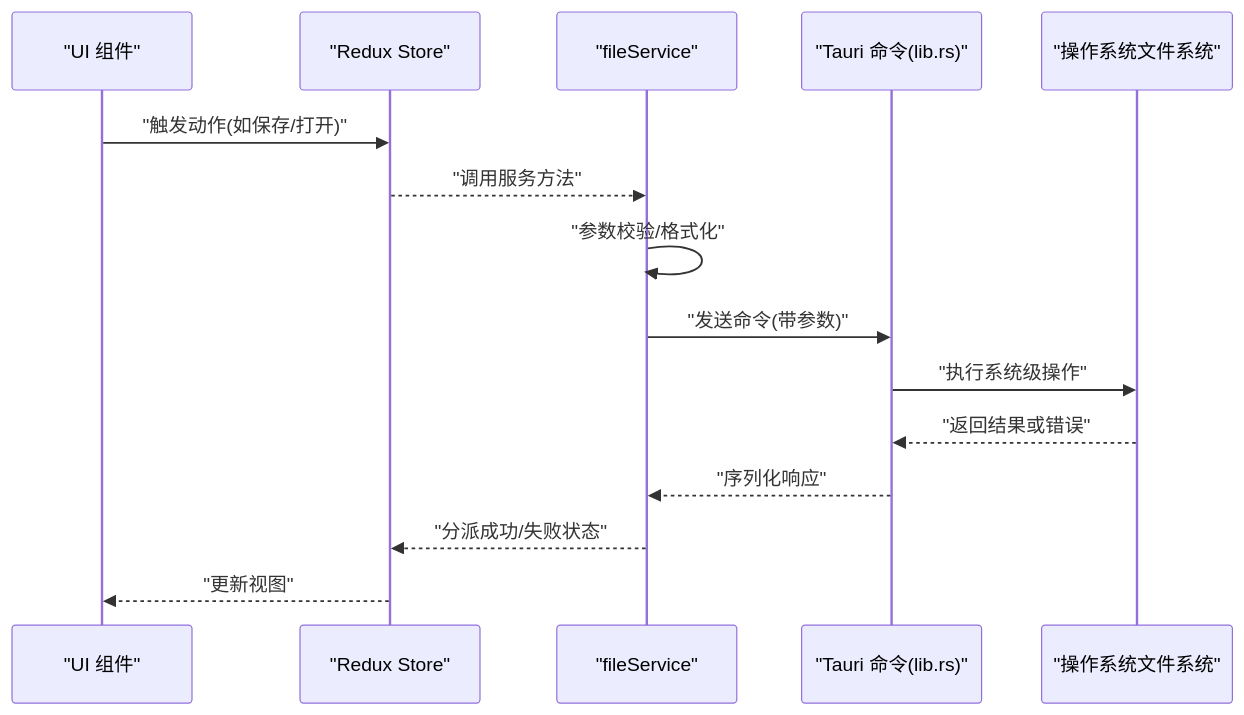
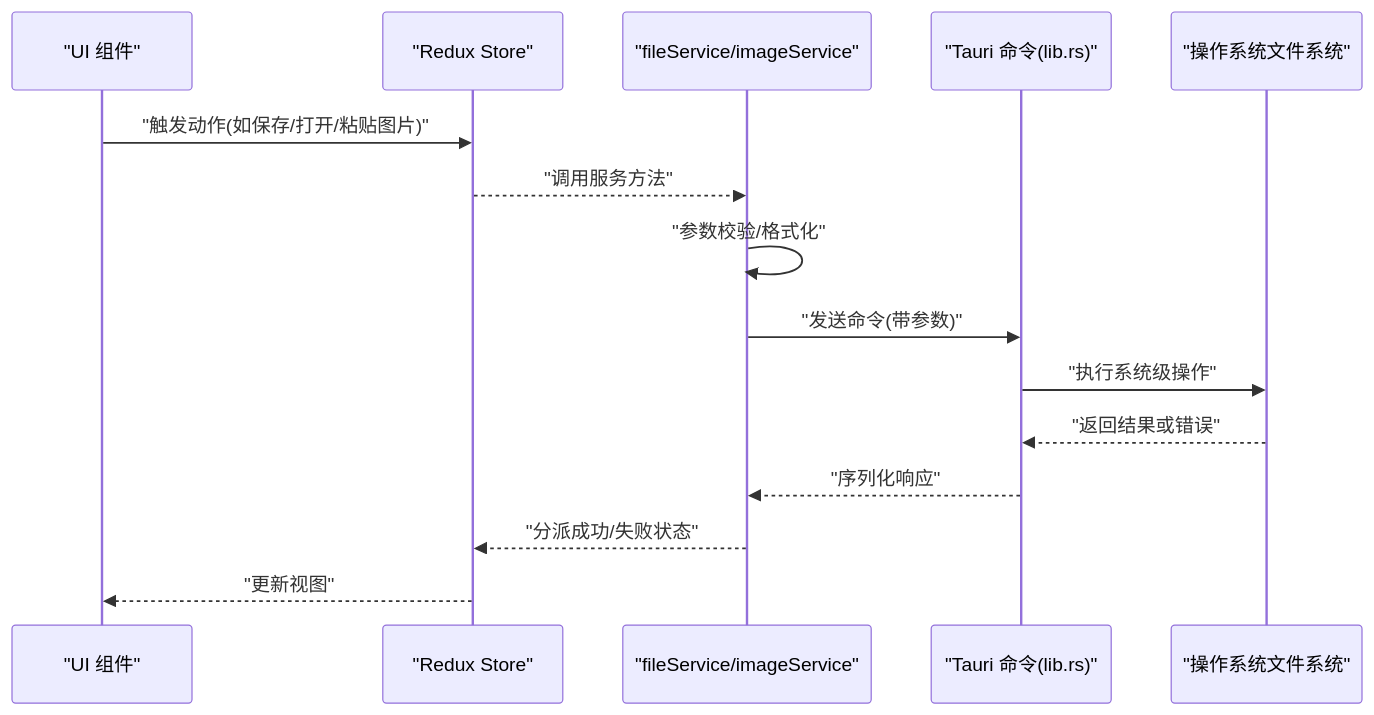
One commit to gongshiyun/ZenNote changed the second of 9 diagrams in .qoder/repowiki/zh/content/核心组件/服务层架构.md. Above: the diagram before and after it, drawn with Mermaid. The commit also changed other lines of this file and 88 other files, not shown here.

````diff
--- a/.qoder/repowiki/zh/content/核心组件/服务层架构.md
+++ b/.qoder/repowiki/zh/content/核心组件/服务层架构.md
@@ -112,17 +138,17 @@
 ```mermaid
 sequenceDiagram
 participant UI as "UI 组件"
 participant Store as "Redux Store"
-participant Service as "fileService"
+participant Service as "fileService/imageService"
 participant Tauri as "Tauri 命令(lib.rs)"
 participant FS as "操作系统文件系统"
-UI->>Store : "触发动作(如保存/打开)"
+UI->>Store : "触发动作(如保存/打开/粘贴图片)"
 Store-->>Service : "调用服务方法"
 Service->>Service : "参数校验/格式化"
 Service->>Tauri : "发送命令(带参数)"
 Tauri->>FS : "执行系统级操作"
 FS-->>Tauri : "返回结果或错误"
 Tauri-->>Service : "序列化响应"
 Service-->>Store : "分派成功/失败状态"
 Store-->>UI : "更新视图"
 ```
````
